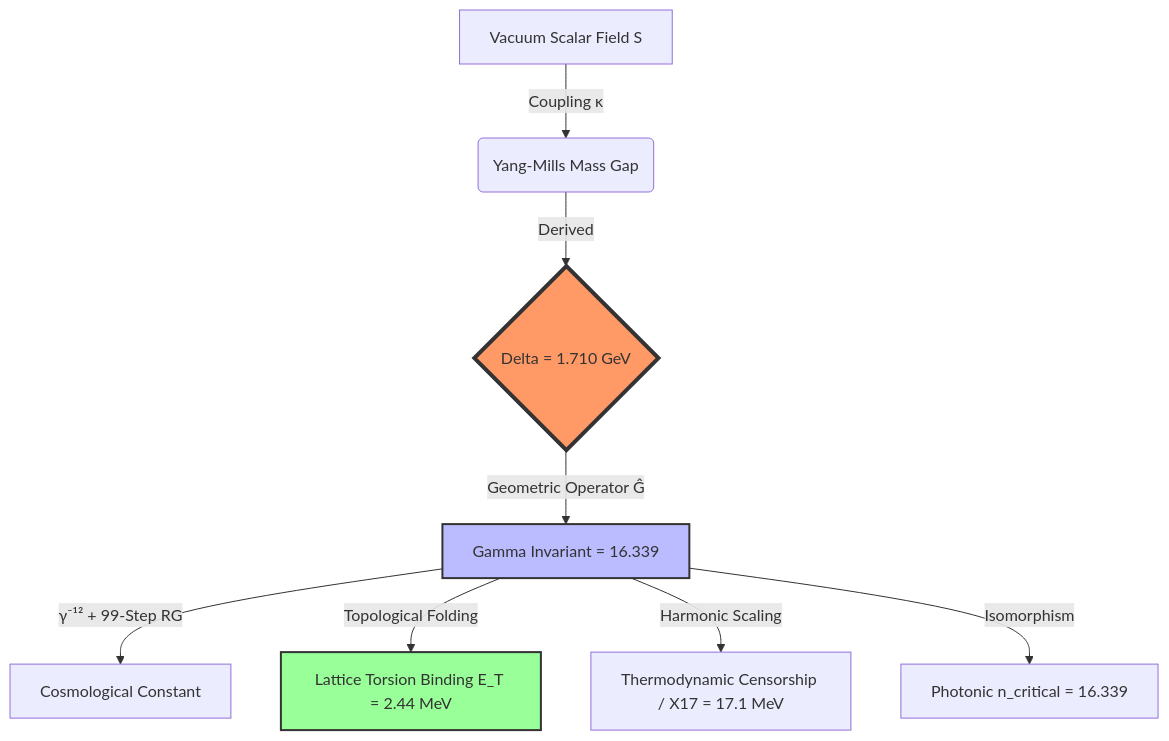
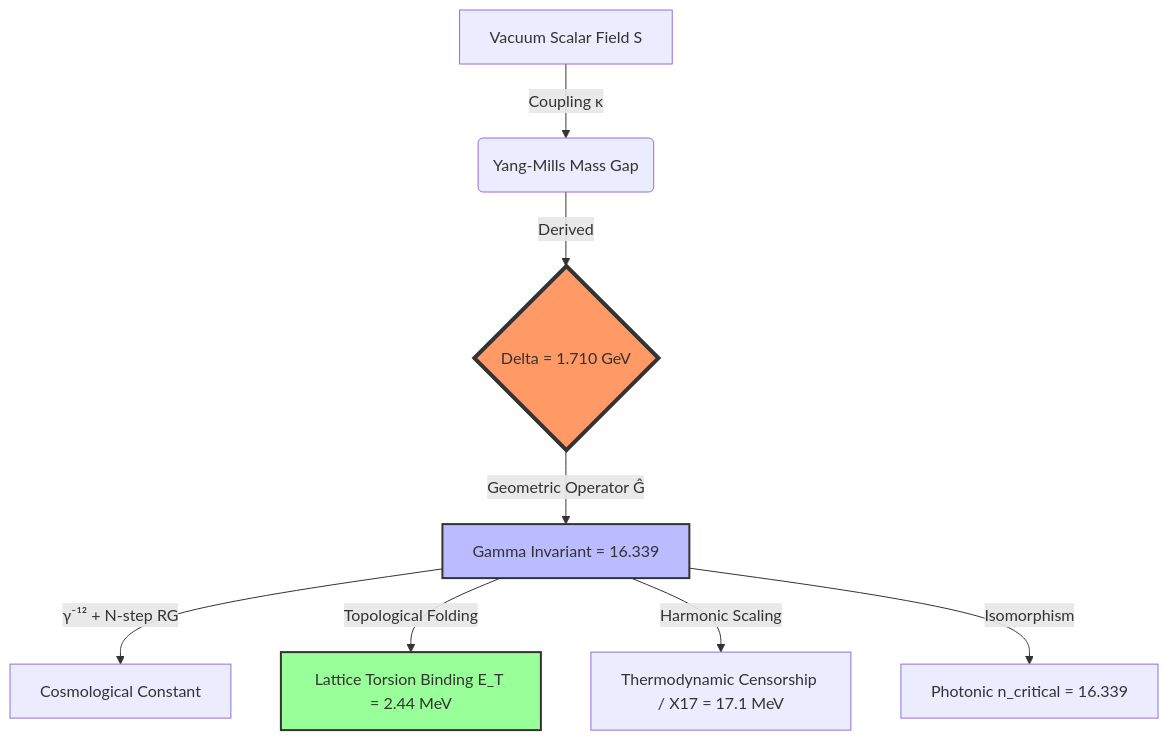
One commit to Mass-Gap/UIDT-Framework-v3.9-Canonical changed the diagram in README.md. Above: the diagram before and after it, drawn with Mermaid. The commit also changed other lines of this file and 15 other files, not shown here.

````diff
--- a/README.md
+++ b/README.md
@@ -89,16 +89,16 @@
 ```mermaid
 graph TD
     A[Vacuum Scalar Field S] -->|Coupling κ| B(Yang-Mills Mass Gap);
     B -->|Derived| C{Delta = 1.710 GeV};
     C -->|Geometric Operator Ĝ| D[Gamma Invariant = 16.339];
     
-    D -->|γ⁻¹² + 99-Step RG| E[Cosmological Constant];
+    D -->|γ⁻¹² + N-step RG| E[Cosmological Constant];
     D -->|Topological Folding| F[Lattice Torsion Binding E_T = 2.44 MeV];
     D -->|Harmonic Scaling| G[Thermodynamic Censorship / X17 = 17.1 MeV];
     D -->|Isomorphism| H[Photonic n_critical = 16.339];
     
     style C fill:#f96,stroke:#333,stroke-width:4px
     style D fill:#bbf,stroke:#333,stroke-width:2px
     style F fill:#9f9,stroke:#333,stroke-width:2px
 
 ```
````
